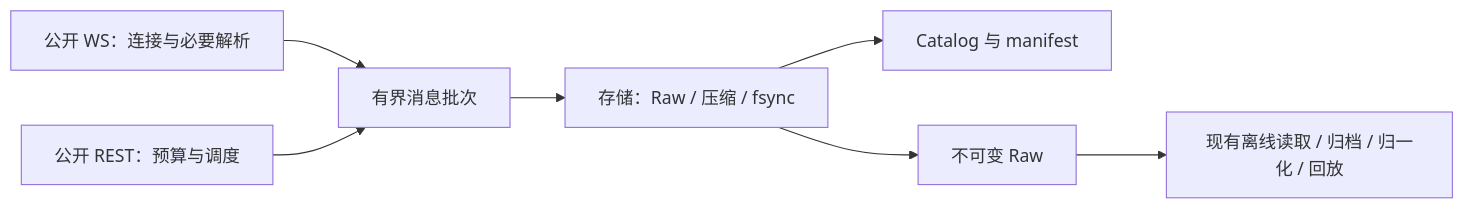
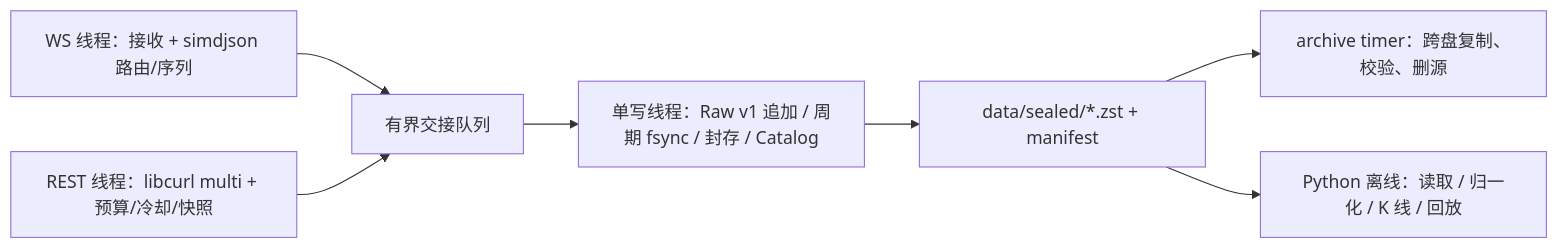
The first of 2 diagrams in cpp_rewrite_milestone_plan.md (tomohikoAmada/BinanceMarketDataRecorder), drawn with Mermaid before and after one commit. The commit also changed other lines of this file and 249 other files, not shown here.

````diff
--- a/cpp_rewrite_milestone_plan.md
+++ b/cpp_rewrite_milestone_plan.md
@@ -83,9 +67,9 @@
 ```mermaid
 flowchart LR
-    WS["公开 WS：连接与必要解析"] --> Q["有界消息批次"]
-    REST["公开 REST：预算与调度"] --> Q
-    Q --> WRITE["存储：Raw / 压缩 / fsync"]
-    WRITE --> CAT["Catalog 与 manifest"]
-    WRITE --> RAW["不可变 Raw"]
-    RAW --> OFF["现有离线读取 / 归档 / 归一化 / 回放"]
+    WS["WS 线程：接收 + simdjson 路由/序列"] --> Q["有界交接队列"]
+    REST["REST 线程：libcurl multi + 预算/冷却/快照"] --> Q
+    Q --> W["单写线程：Raw v1 追加 / 周期 fsync / 封存 / Catalog"]
+    W --> RAW["data/sealed/*.zst + manifest"]
+    RAW --> ARC["archive timer：跨盘复制、校验、删源"]
+    RAW --> OFF["Python 离线：读取 / 归一化 / K 线 / 回放"]
 ```
````
